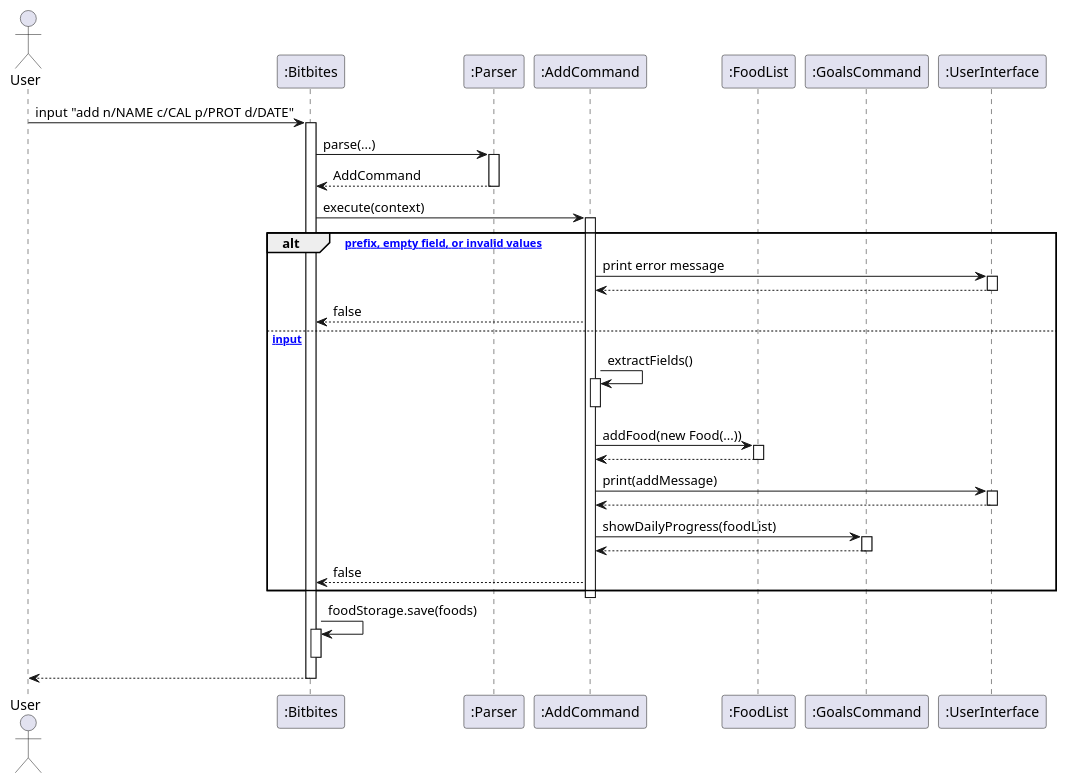
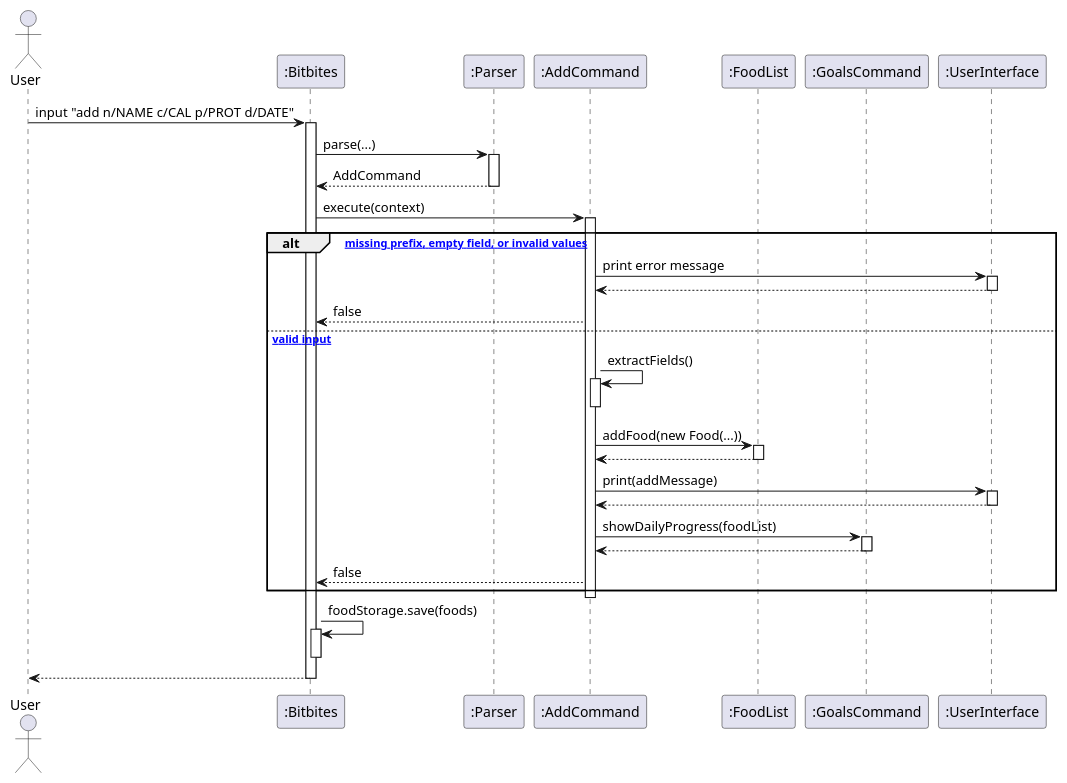
The diagram in docs/uml/add_sequence.puml (AY2526S2-CS2113-F14-2/tp), drawn with PlantUML before and after one commit. The commit also changed 15 other files, not shown here.

```diff
--- a/docs/uml/add_sequence.puml
+++ b/docs/uml/add_sequence.puml
@@ -1,57 +1,57 @@
 @startuml
 actor User
 participant ":Bitbites" as Bitbites
 participant ":Parser" as Parser
 participant ":AddCommand" as AddCommand
 participant ":FoodList" as FoodList
 participant ":GoalsCommand" as GoalsCommand
 participant ":UserInterface" as UI
 
 User -> Bitbites : input "add n/NAME c/CAL p/PROT d/DATE"
 activate Bitbites
 
 Bitbites -> Parser : parse(...)
 activate Parser
 Parser --> Bitbites : AddCommand
 deactivate Parser
 
 Bitbites -> AddCommand : execute(context)
 activate AddCommand
 
-alt [missing prefix, empty field, or invalid values]
+alt [* missing prefix, empty field, or invalid values]
   AddCommand -> UI : print error message
   activate UI
   UI --> AddCommand
   deactivate UI
   AddCommand --> Bitbites : false
-else [valid input]
+else [* valid input]
   AddCommand -> AddCommand : extractFields()
   activate AddCommand
   deactivate AddCommand
 
   AddCommand -> FoodList : addFood(new Food(...))
   activate FoodList
   FoodList --> AddCommand
   deactivate FoodList
 
   AddCommand -> UI : print(addMessage)
   activate UI
   UI --> AddCommand
   deactivate UI
 
   AddCommand -> GoalsCommand : showDailyProgress(foodList)
   activate GoalsCommand
   GoalsCommand --> AddCommand
   deactivate GoalsCommand
 
   AddCommand --> Bitbites : false
 end
 deactivate AddCommand
 
 Bitbites -> Bitbites : foodStorage.save(foods)
 activate Bitbites
 deactivate Bitbites
 
 Bitbites --> User
 deactivate Bitbites
 @enduml
```
